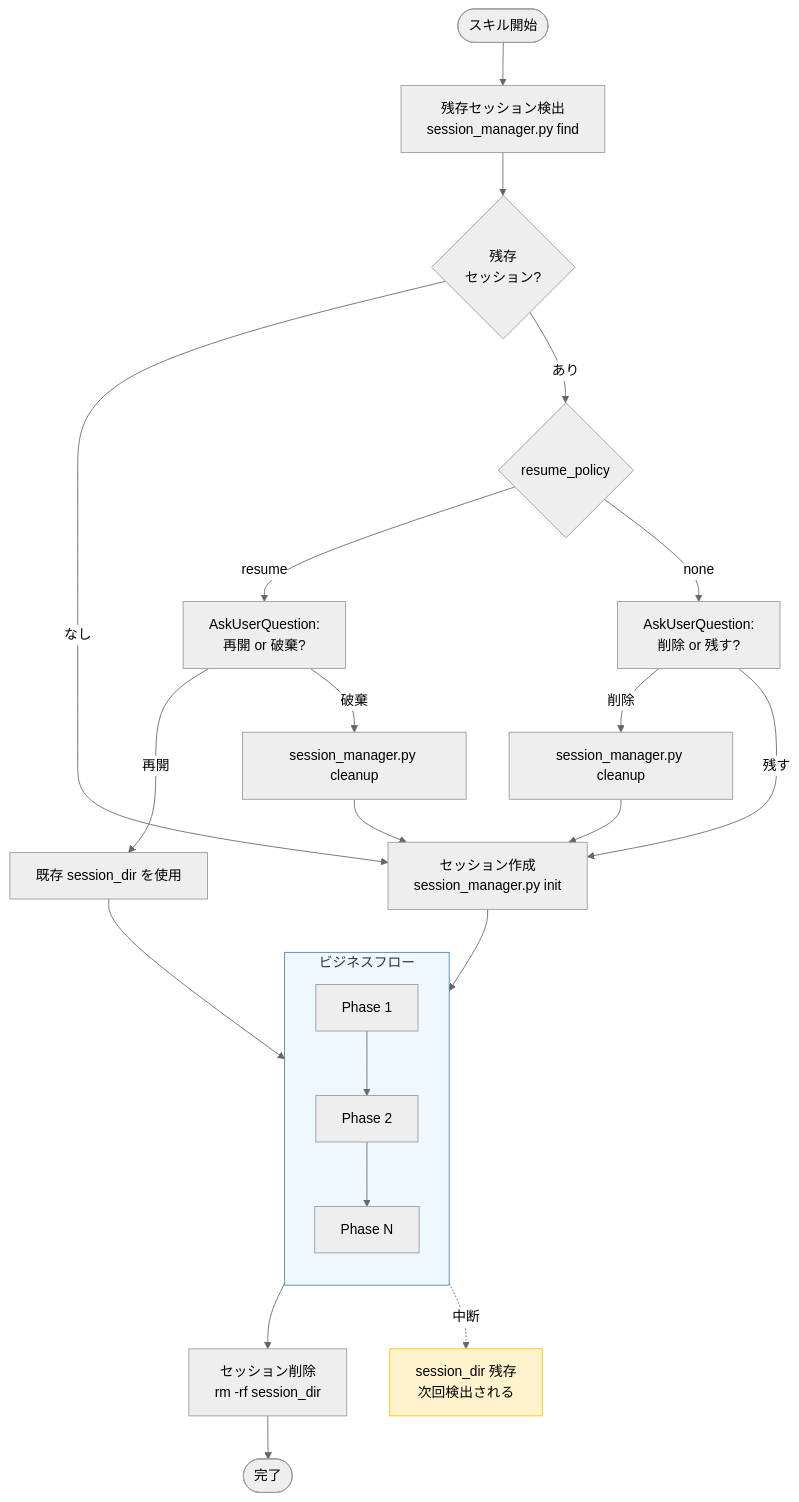
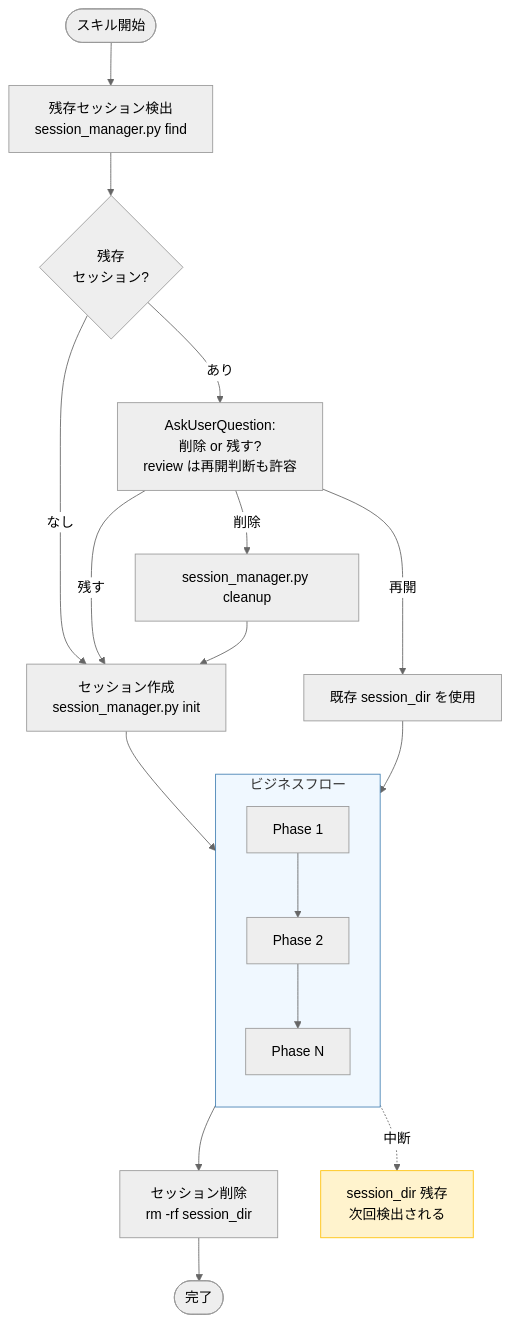
One commit to BlueEventHorizon/bw-cc-plugins changed the diagram in plugins/forge/docs/session_format.md. Above: the diagram before and after it, drawn with Mermaid (neutral theme). The commit also changed other lines of this file and 17 other files, not shown here.

````diff
--- a/plugins/forge/docs/session_format.md
+++ b/plugins/forge/docs/session_format.md
@@ -181,35 +141,29 @@
 ```mermaid
 flowchart TD
     Start([スキル開始]) --> Detect[残存セッション検出<br/>session_manager.py find]
     Detect --> Found{残存<br/>セッション?}
     Found -->|なし| Create
-    Found -->|あり| Policy{resume_policy}
-
-    Policy -->|resume| AskResume[AskUserQuestion:<br/>再開 or 破棄?]
-    AskResume -->|再開| Reuse[既存 session_dir を使用]
-    AskResume -->|破棄| Cleanup1[session_manager.py cleanup]
-    Cleanup1 --> Create
-
-    Policy -->|none| AskDelete[AskUserQuestion:<br/>削除 or 残す?]
-    AskDelete -->|削除| Cleanup2[session_manager.py cleanup]
-    AskDelete -->|残す| Create
-    Cleanup2 --> Create
+    Found -->|あり| Ask[AskUserQuestion:<br/>削除 or 残す?<br/>review は再開判断も許容]
+    Ask -->|再開| Reuse[既存 session_dir を使用]
+    Ask -->|削除| Cleanup[session_manager.py cleanup]
+    Ask -->|残す| Create
+    Cleanup --> Create
 
     Create[セッション作成<br/>session_manager.py init] --> Phases
 
     Reuse --> Phases
 
     subgraph Phases [ビジネスフロー]
         direction TB
         P1[Phase 1] --> P2[Phase 2]
         P2 --> PN[Phase N]
     end
 
     Phases --> Delete[セッション削除<br/>rm -rf session_dir]
     Delete --> End([完了])
 
     Phases -.->|中断| Remain[session_dir 残存<br/>次回検出される]
 
     style Phases fill:#f0f8ff,stroke:#4682b4
     style Remain fill:#fff3cd,stroke:#ffc107
 ```
````
